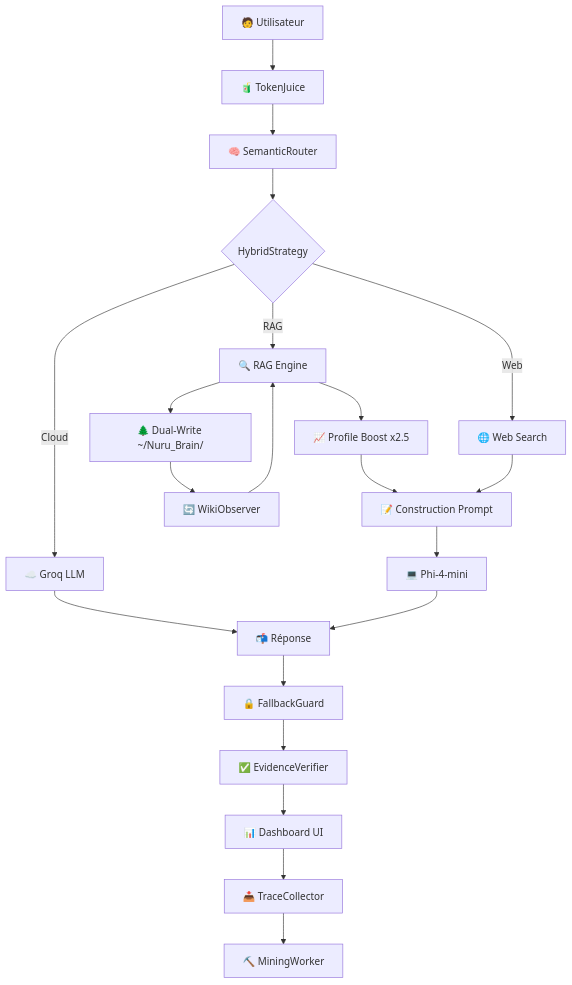
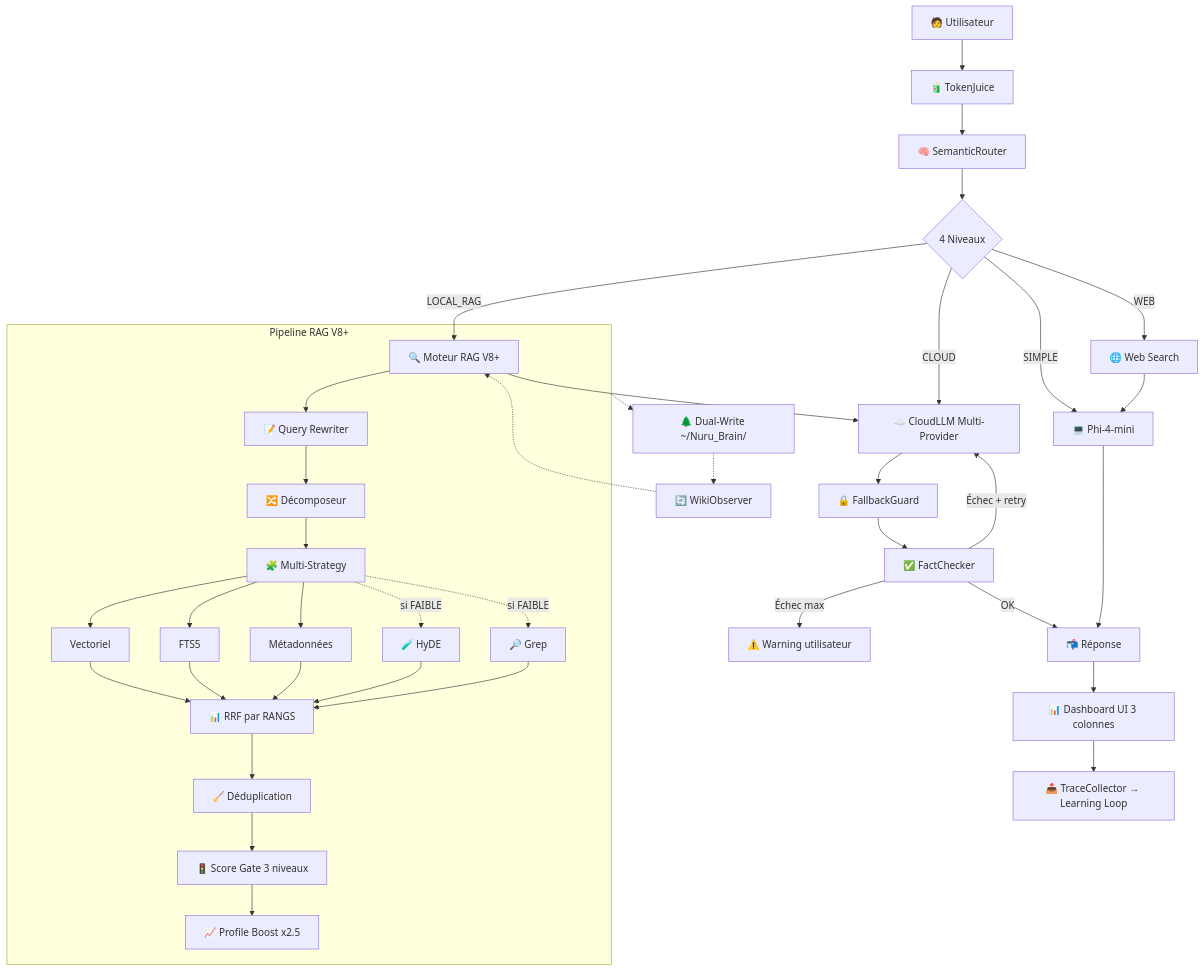
The diagram in README.md (leblancbahiga/Assistant-IA), drawn with Mermaid before and after one commit. The commit also changed other lines of this file and 28 other files, not shown here.

````diff
--- a/README.md
+++ b/README.md
@@ -121,24 +150,44 @@
 ```mermaid
 graph TD
     User[🧑 Utilisateur] --> TJ[🧃 TokenJuice]
     TJ --> Router[🧠 SemanticRouter]
-    Router --> Strat{HybridStrategy}
-    Strat -->|RAG| RAG[🔍 RAG Engine]
-    Strat -->|Web| Web[🌐 Web Search]
-    Strat -->|Cloud| Cloud[☁️ Groq LLM]
-    RAG --> Boost[📈 Profile Boost x2.5]
-    Boost --> Prompt[📝 Construction Prompt]
-    Web --> Prompt
-    Cloud --> Resp[📬 Réponse]
-    Prompt --> Local[💻 Phi-4-mini]
+    Router --> St{4 Niveaux}
+    St -->|SIMPLE| Local[💻 Phi-4-mini]
+    St -->|WEB| Web[🌐 Web Search]
+    Web --> Local
+    St -->|LOCAL_RAG| RAG[🔍 Moteur RAG V8+]
+    St -->|CLOUD| Cloud[☁️ CloudLLM Multi-Provider]
+    
+    subgraph RAG_V8[Pipeline RAG V8+]
+        RAG --> QR[📝 Query Rewriter]
+        QR --> Dec[🔀 Décomposeur]
+        Dec --> MS[🧩 Multi-Strategy]
+        MS --> Vec[Vectoriel]
+        MS --> BM25[FTS5]
+        MS --> Meta[Métadonnées]
+        MS -.->|si FAIBLE| HyDE[🧪 HyDE]
+        MS -.->|si FAIBLE| Grep[🔎 Grep]
+        Vec --> RRF[📊 RRF par RANGS]
+        BM25 --> RRF
+        Meta --> RRF
+        HyDE --> RRF
+        Grep --> RRF
+        RRF --> Dedup[🧹 Déduplication]
+        Dedup --> SG[🚦 Score Gate 3 niveaux]
+        SG --> PB[📈 Profile Boost x2.5]
+    end
+    
+    RAG --> Cloud
+    Cloud --> FG[🔒 FallbackGuard]
+    FG --> EV[✅ FactChecker]
+    EV -->|Échec + retry| Cloud
+    EV -->|Échec max| Warning[⚠️ Warning utilisateur]
+    EV -->|OK| Resp[📬 Réponse]
     Local --> Resp
-    Resp --> FG[🔒 FallbackGuard]
-    FG --> EV[✅ EvidenceVerifier]
-    EV --> UI[📊 Dashboard UI]
-    UI --> TC[📥 TraceCollector]
-    TC --> MW[⛏️ MiningWorker]
+    Resp --> UI[📊 Dashboard UI 3 colonnes]
+    UI --> TC[📥 TraceCollector → Learning Loop]
     
-    RAG --> Wiki[🌲 Dual-Write ~/Nuru_Brain/]
-    Wiki --> WD[🔄 WikiObserver]
-    WD --> RAG
+    RAG_V8 -.-> Wiki[🌲 Dual-Write ~/Nuru_Brain/]
+    Wiki -.-> WD[🔄 WikiObserver]
+    WD -.-> RAG
 ```
````
